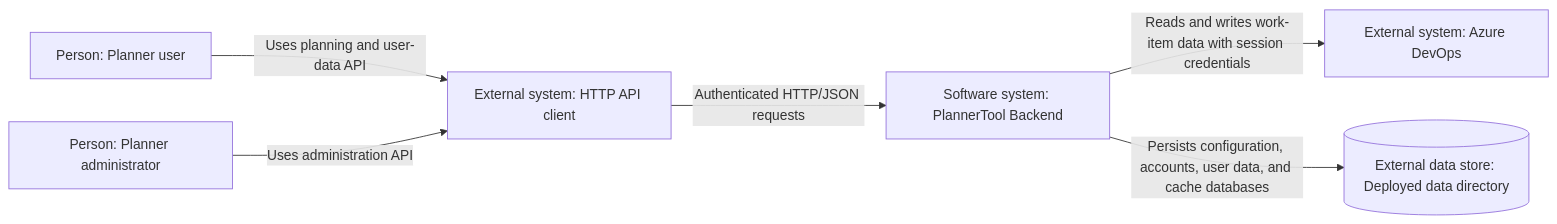
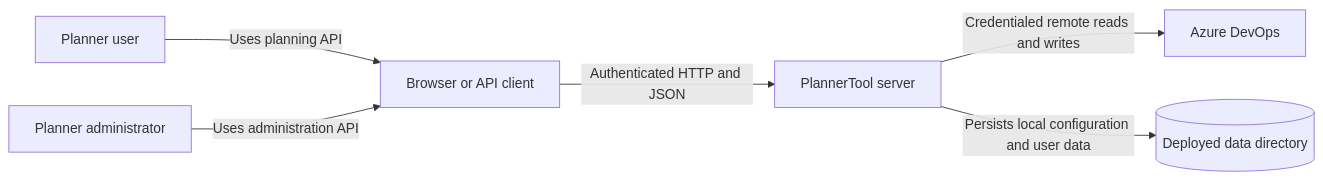
The first of 5 diagrams in docs/ARCHITECTURE_SERVER.md (kpoppel/PlannerTool), drawn with Mermaid before and after one commit. The commit also changed other lines of this file and 4 other files, not shown here.

````diff
--- a/docs/ARCHITECTURE_SERVER.md
+++ b/docs/ARCHITECTURE_SERVER.md
@@ -35,15 +29,15 @@
 ```mermaid
 flowchart LR
-    user[Person: Planner user]
-    admin[Person: Planner administrator]
-    client[External system: HTTP API client]
-    backend[Software system: PlannerTool Backend]
-    ado[External system: Azure DevOps]
-    data[(External data store: Deployed data directory)]
+    user[Planner user]
+    admin[Planner administrator]
+    client[Browser or API client]
+    system[PlannerTool server]
+    ado[Azure DevOps]
+    data[(Deployed data directory)]
 
-    user -->|Uses planning and user-data API| client
+    user -->|Uses planning API| client
     admin -->|Uses administration API| client
-    client -->|Authenticated HTTP/JSON requests| backend
-    backend -->|Reads and writes work-item data with session credentials| ado
-    backend -->|Persists configuration, accounts, user data, and cache databases| data
+    client -->|Authenticated HTTP and JSON| system
+    system -->|Credentialed remote reads and writes| ado
+    system -->|Persists local configuration and user data| data
 ```
````
